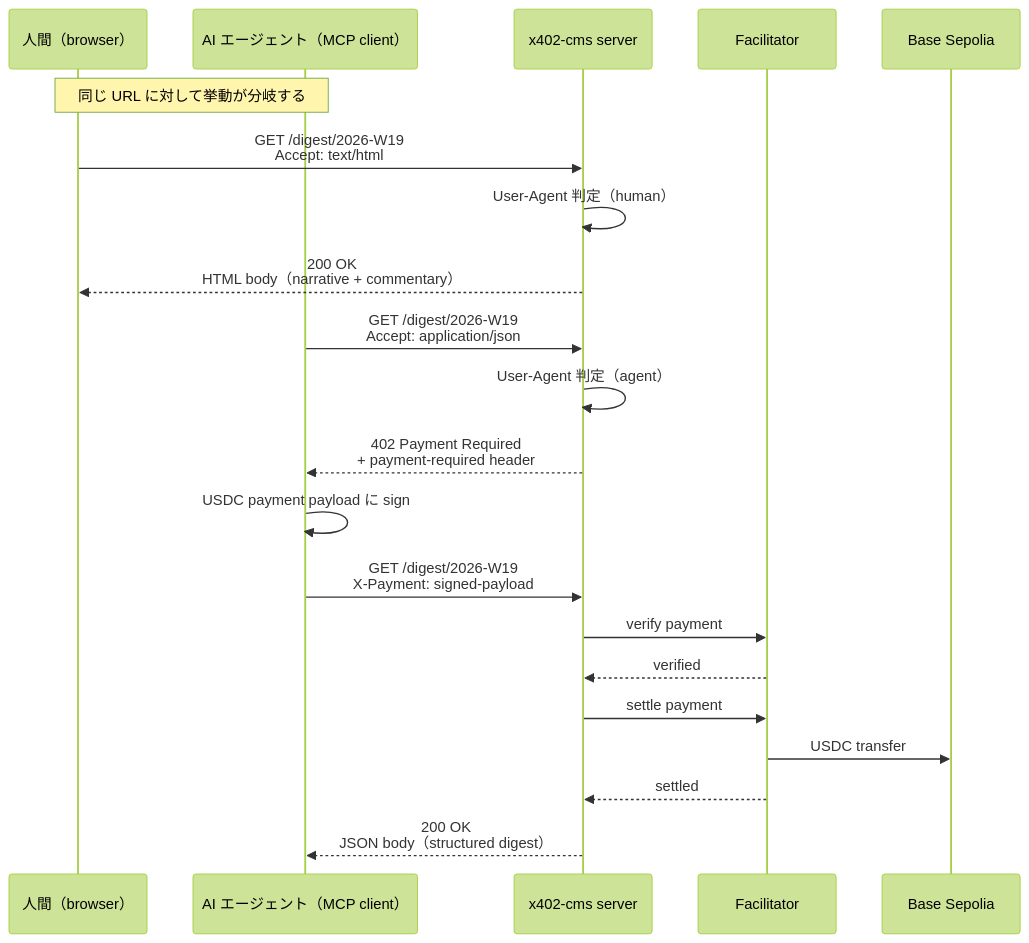
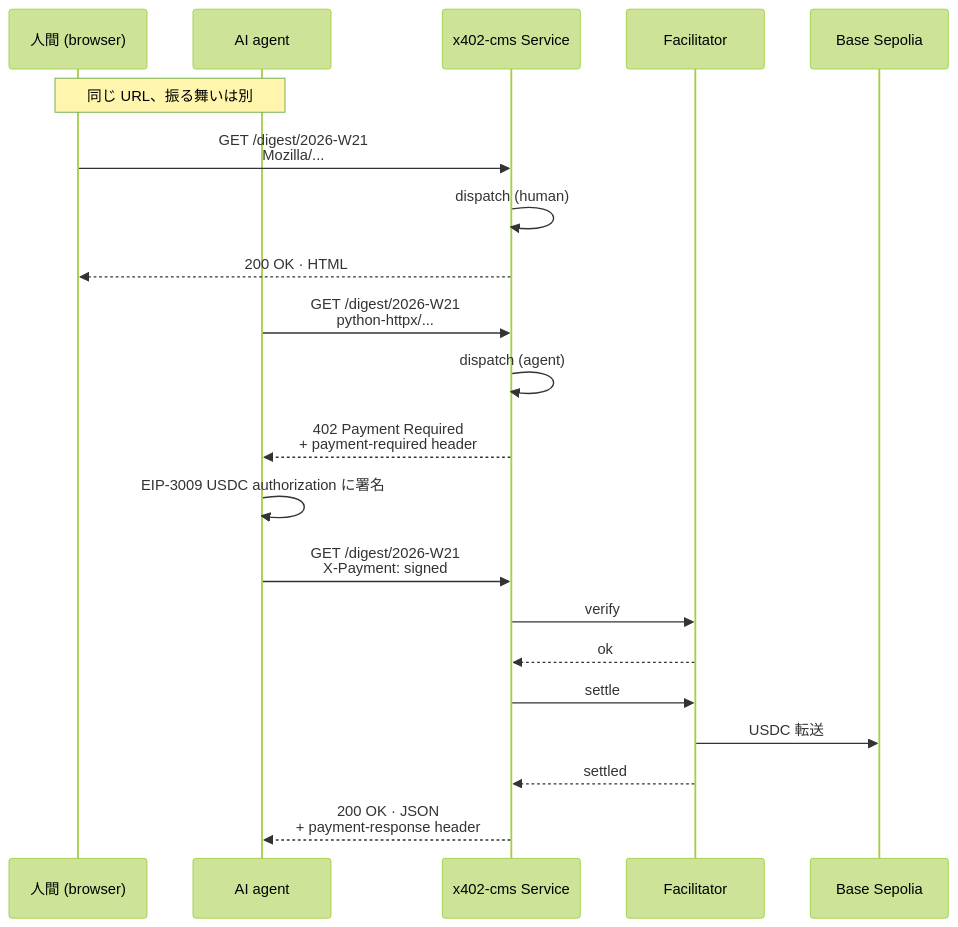
The second of 5 diagrams in docs/architecture.ja.md (shuhei0866/x402-cms), drawn with Mermaid (forest theme) before and after one commit. The commit also changed other lines of this file and 1 other file, not shown here.

````diff
--- a/docs/architecture.ja.md
+++ b/docs/architecture.ja.md
@@ -77,27 +112,27 @@
 ```mermaid
 sequenceDiagram
-  participant H as 人間（browser）
-  participant A as AI エージェント（MCP client）
-  participant S as x402-cms server
+  participant H as 人間 (browser)
+  participant A as AI agent
+  participant S as x402-cms Service
   participant F as Facilitator
   participant B as Base Sepolia
 
-  Note over H,A: 同じ URL に対して挙動が分岐する
+  Note over H,A: 同じ URL、振る舞いは別
 
-  H->>S: GET /digest/2026-W19<br/>Accept: text/html
-  S->>S: User-Agent 判定（human）
-  S-->>H: 200 OK<br/>HTML body（narrative + commentary）
+  H->>S: GET /digest/2026-W21<br/>Mozilla/...
+  S->>S: dispatch (human)
+  S-->>H: 200 OK · HTML
 
-  A->>S: GET /digest/2026-W19<br/>Accept: application/json
-  S->>S: User-Agent 判定（agent）
+  A->>S: GET /digest/2026-W21<br/>python-httpx/...
+  S->>S: dispatch (agent)
   S-->>A: 402 Payment Required<br/>+ payment-required header
 
-  A->>A: USDC payment payload に sign
-  A->>S: GET /digest/2026-W19<br/>X-Payment: signed-payload
-  S->>F: verify payment
-  F-->>S: verified
-  S->>F: settle payment
-  F->>B: USDC transfer
+  A->>A: EIP-3009 USDC authorization に署名
+  A->>S: GET /digest/2026-W21<br/>X-Payment: signed
+  S->>F: verify
+  F-->>S: ok
+  S->>F: settle
+  F->>B: USDC 転送
   F-->>S: settled
-  S-->>A: 200 OK<br/>JSON body（structured digest）
+  S-->>A: 200 OK · JSON<br/>+ payment-response header
 ```
````
